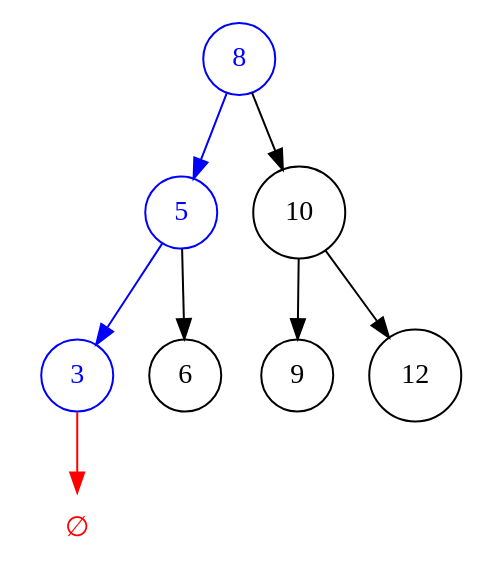
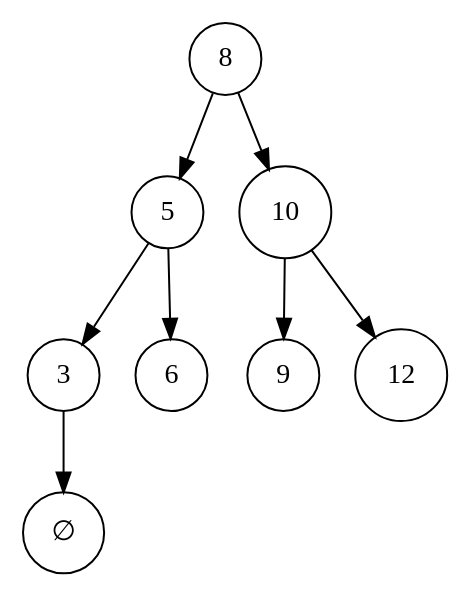
Before and after one commit to nrinaudo/nrinaudo.github.com: the diagram in src/hakyll/images/binary-search-trees/contains4.dot, drawn with Graphviz. The commit also changed 6 other files, not shown here.

```diff
--- a/src/hakyll/images/binary-search-trees/contains4.dot
+++ b/src/hakyll/images/binary-search-trees/contains4.dot
@@ -1,20 +1,20 @@
 digraph simple {
     node  [shape=circle]
     graph [ordering=out]
 
-    8 [fontcolor=blue color=blue]
-    5 [fontcolor=blue color=blue]
-    3 [fontcolor=blue color=blue]
-    na [label="∅" shape=none fontcolor=red color=red]
+    8 [nodetype=marked]
+    5 [nodetype=marked]
+    3 [nodetype=marked]
+    na [label="∅" nodetype=error]
 
-    8 -> 5 [color=blue]
+    8 -> 5 [edgetype=marked]
     8 -> 10
 
-    5 -> 3 [color=blue]
+    5 -> 3 [edgetype=marked]
     5 -> 6
 
-    3 -> na [color=red]
+    3 -> na [edgetype=marked]
 
     10 -> 9
     10 -> 12
 }
```
